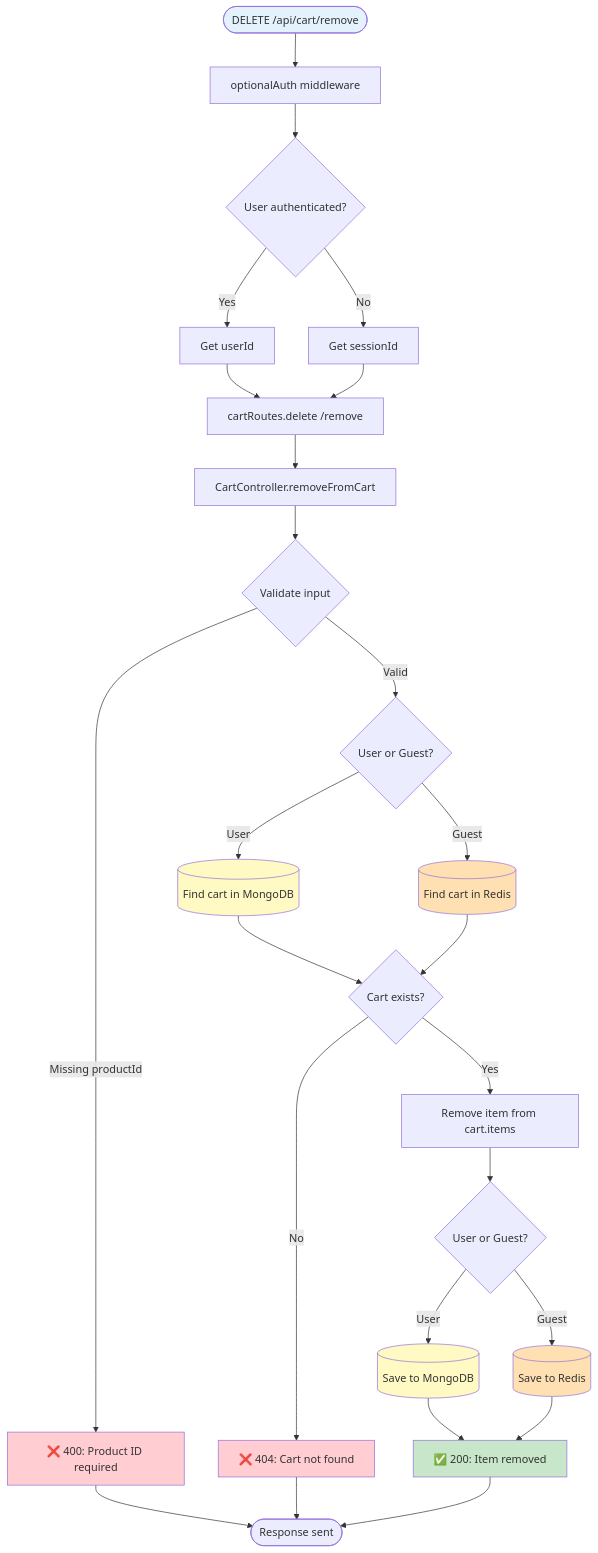
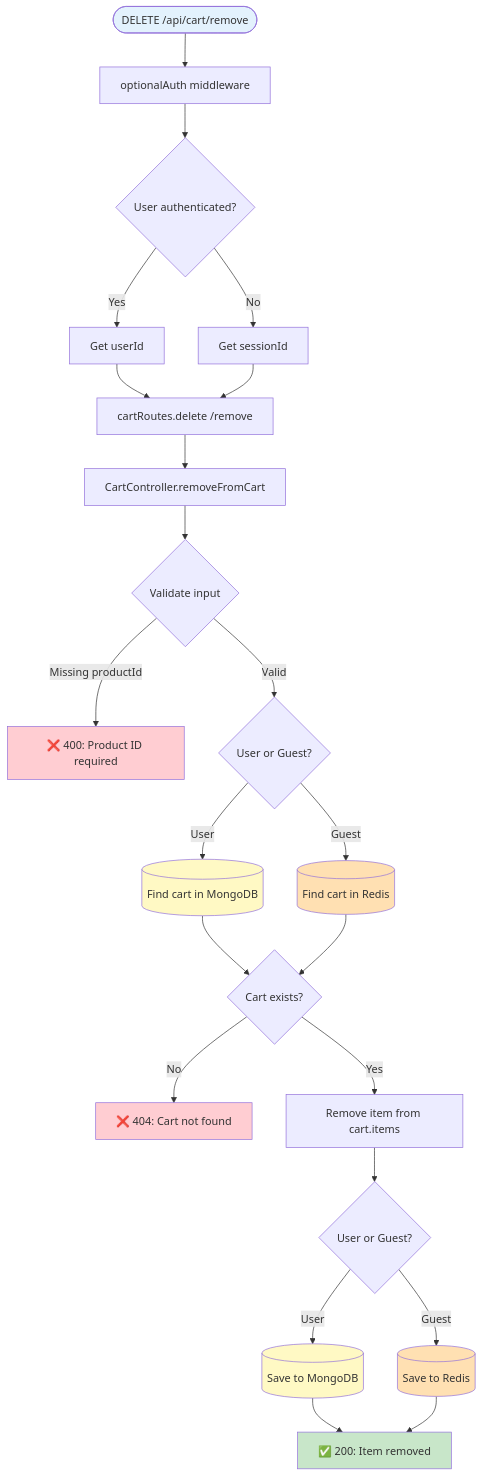
One commit to shmuelkapiloff/simple- changed diagram 13 of 26 in docs/SERVER_ENDPOINTS_MAP.md. Above: the diagram before and after it, drawn with Mermaid. The commit also changed other lines of this file, not shown here.

Commit message:
fix: Remove End nodes from flowcharts to fix GitHub Mermaid rendering

````diff
--- a/docs/SERVER_ENDPOINTS_MAP.md
+++ b/docs/SERVER_ENDPOINTS_MAP.md
@@ -765,45 +717,42 @@
 ```mermaid
 flowchart TD
     Request([DELETE /api/cart/remove]) --> OptionalAuth[optionalAuth middleware]
     OptionalAuth --> CheckAuth{User authenticated?}
     
     CheckAuth -->|Yes| GetUserId[Get userId]
     CheckAuth -->|No| GetSessionId[Get sessionId]
     
     GetUserId --> RouteHandler[cartRoutes.delete /remove]
     GetSessionId --> RouteHandler
     
     RouteHandler --> Controller[CartController.removeFromCart]
     Controller --> ValidateInput{Validate input}
     ValidateInput -->|Missing productId| Return400["❌ 400: Product ID required"]
     ValidateInput -->|Valid| ServiceCall{User or Guest?}
     
     ServiceCall -->|User| FindUserCart[(Find cart in MongoDB)]
     ServiceCall -->|Guest| FindGuestCartRedis[(Find cart in Redis)]
     
     FindUserCart --> CartExists{Cart exists?}
     FindGuestCartRedis --> CartExists
     
     CartExists -->|No| Return404["❌ 404: Cart not found"]
     CartExists -->|Yes| RemoveItem[Remove item from cart.items]
     
     RemoveItem --> SaveChanges{User or Guest?}
     SaveChanges -->|User| SaveMongo[(Save to MongoDB)]
     SaveChanges -->|Guest| SaveRedis[(Save to Redis)]
     
     SaveMongo --> Return200["✅ 200: Item removed"]
     SaveRedis --> Return200
     
-    Return400 --> End([Response sent])
-    Return404 --> End
-    Return200 --> End
     
     style Request fill:#e3f2fd
     style Return200 fill:#c8e6c9
     style Return400 fill:#ffcdd2
     style Return404 fill:#ffcdd2
     style FindUserCart fill:#fff9c4
     style SaveMongo fill:#fff9c4
     style FindGuestCartRedis fill:#ffe0b2
     style SaveRedis fill:#ffe0b2
 ```
````
